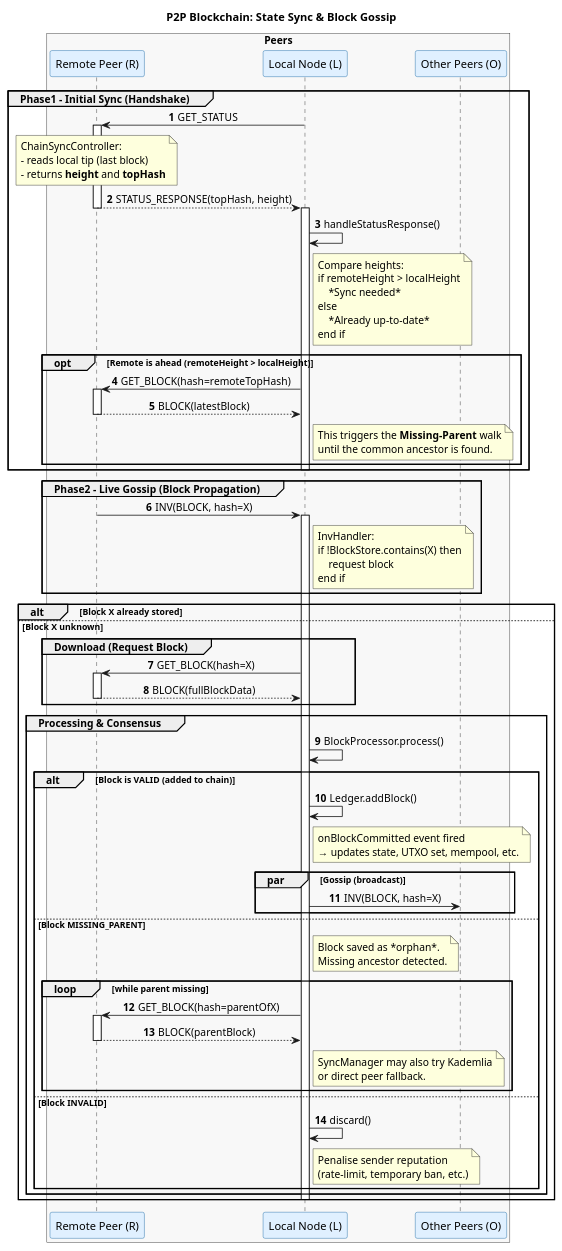
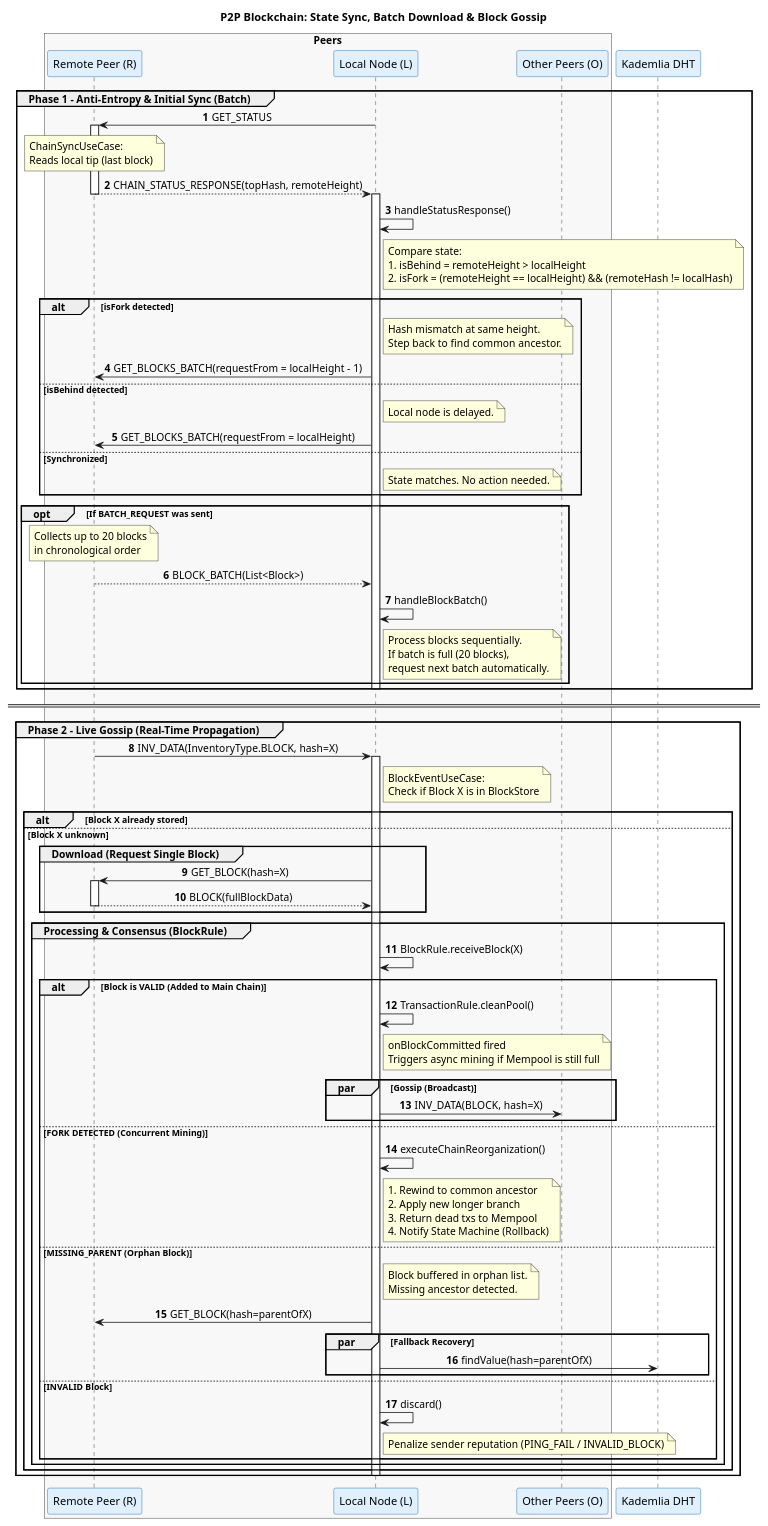
Before and after one commit to Hugofr21/blockchain-mechanisms: the diagram in docs/diagram/flow/chainsync.puml, drawn with PlantUML. The commit also changed 6 other files, not shown here.

Commit message:
Replication documentation - creation of object programming documentation - updating of diagrams - updated main readme for the testing phase

```diff
--- a/docs/diagram/flow/chainsync.puml
+++ b/docs/diagram/flow/chainsync.puml
@@ -1,112 +1,126 @@
-@startuml
-title P2P Blockchain: State Sync & Block Gossip
+@startuml Chaiba P2P Blockchain: State Sync & Block Gossip
+title P2P Blockchain: State Sync, Batch Download & Block Gossip
 skinparam sequenceMessageAlign center
 skinparam round corner 10
 skinparam participantBorderColor #005A9C
 skinparam participantBackgroundColor #E0F0FF
 autonumber
-
 
 box "Peers" #F8F8F8
     participant "Remote Peer (R)" as R
     participant "Local Node (L)" as L
     participant "Other Peers (O)" as O
 end box
 
+participant "Kademlia DHT" as DHT
 
-group Phase1 – Initial Sync (Handshake)
+group Phase 1 – Anti-Entropy & Initial Sync (Batch)
     L -> R : GET_STATUS
     activate R
     note over R
-        ChainSyncController:
-        - reads local tip (last block)
-        - returns **height** and **topHash**
+        ChainSyncUseCase:
+        Reads local tip (last block)
     end note
-    R --> L : STATUS_RESPONSE(topHash, height)
+    R --> L : CHAIN_STATUS_RESPONSE(topHash, remoteHeight)
     deactivate R
 
     activate L
     L -> L : handleStatusResponse()
     note right of L
-        Compare heights:
-        if remoteHeight > localHeight
-            *Sync needed*
-        else
-            *Already up‑to‑date*
-        end if
+        Compare state:
+        1. isBehind = remoteHeight > localHeight
+        2. isFork = (remoteHeight == localHeight) && (remoteHash != localHash)
     end note
 
-    opt Remote is ahead (remoteHeight > localHeight)
-        L -> R : GET_BLOCK(hash=remoteTopHash)
+    alt isFork detected
+        note right of L: Hash mismatch at same height.\nStep back to find common ancestor.
+        L -> R : GET_BLOCKS_BATCH(requestFrom = localHeight - 1)
+    else isBehind detected
+        note right of L: Local node is delayed.
+        L -> R : GET_BLOCKS_BATCH(requestFrom = localHeight)
+    else Synchronized
+        note right of L: State matches. No action needed.
+    end
+
+    opt If BATCH_REQUEST was sent
         activate R
-        R --> L : BLOCK(latestBlock)
+        note over R: Collects up to 20 blocks\nin chronological order
+        R --> L : BLOCK_BATCH(List<Block>)
         deactivate R
+
+        L -> L : handleBlockBatch()
         note right of L
-            This triggers the **Missing‑Parent** walk
-            until the common ancestor is found.
+            Process blocks sequentially.
+            If batch is full (20 blocks),
+            request next batch automatically.
         end note
     end
     deactivate L
 end
 
-group Phase2 – Live Gossip (Block Propagation)
-    R -> L : INV(BLOCK, hash=X)
+== ==
+
+group Phase 2 – Live Gossip (Real-Time Propagation)
+    R -> L : INV_DATA(InventoryType.BLOCK, hash=X)
     activate L
     note right of L
-        InvHandler:
-        if !BlockStore.contains(X) then
-            request block
-        end if
+        BlockEventUseCase:
+        Check if Block X is in BlockStore
     end note
-end
 
-alt Block X already stored
-    'nothing to do – already have it
-else Block X unknown
-    group Download (Request Block)
-        L -> R : GET_BLOCK(hash=X)
-        activate R
-        R --> L : BLOCK(fullBlockData)
-        deactivate R
-    end
+    alt Block X already stored
+        ' do nothing
+    else Block X unknown
+        group Download (Request Single Block)
+            L -> R : GET_BLOCK(hash=X)
+            activate R
+            R --> L : BLOCK(fullBlockData)
+            deactivate R
+        end
 
-    group Processing & Consensus
-        L -> L : BlockProcessor.process()
-        alt Block is VALID (added to chain)
-            L -> L : Ledger.addBlock()
-            note right of L
-                onBlockCommitted event fired
-                → updates state, UTXO set, mempool, etc.
-            end note
+        group Processing & Consensus (BlockRule)
+            L -> L : BlockRule.receiveBlock(X)
+            
+            alt Block is VALID (Added to Main Chain)
+                L -> L : TransactionRule.cleanPool()
+                note right of L
+                    onBlockCommitted fired
+                    Triggers async mining if Mempool is still full
+                end note
 
-            '--- RE‑BROADCAST TO OTHER PEERS ---
-            par Gossip (broadcast)
-                L -> O : INV(BLOCK, hash=X)
-            end
-        else Block MISSING_PARENT
-            note right of L
-                Block saved as *orphan*.
-                Missing ancestor detected.
-            end note
+                par Gossip (Broadcast)
+                    L -> O : INV_DATA(BLOCK, hash=X)
+                end
 
-            loop while parent missing
+            else FORK DETECTED (Concurrent Mining)
+                L -> L : executeChainReorganization()
+                note right of L
+                    1. Rewind to common ancestor
+                    2. Apply new longer branch
+                    3. Return dead txs to Mempool
+                    4. Notify State Machine (Rollback)
+                end note
+
+            else MISSING_PARENT (Orphan Block)
+                note right of L
+                    Block buffered in orphan list.
+                    Missing ancestor detected.
+                end note
+                
                 L -> R : GET_BLOCK(hash=parentOfX)
-                activate R
-                R --> L : BLOCK(parentBlock)
-                deactivate R
+                
+                par Fallback Recovery
+                    L -> DHT : findValue(hash=parentOfX)
+                end
+
+            else INVALID Block
+                L -> L : discard()
                 note right of L
-                    SyncManager may also try Kademlia
-                    or direct peer fallback.
+                    Penalize sender reputation (PING_FAIL / INVALID_BLOCK)
                 end note
             end
-        else Block INVALID
-            L -> L : discard()
-            note right of L
-                Penalise sender reputation
-                (rate‑limit, temporary ban, etc.)
-            end note
         end
     end
     deactivate L
 end
 @enduml
```
